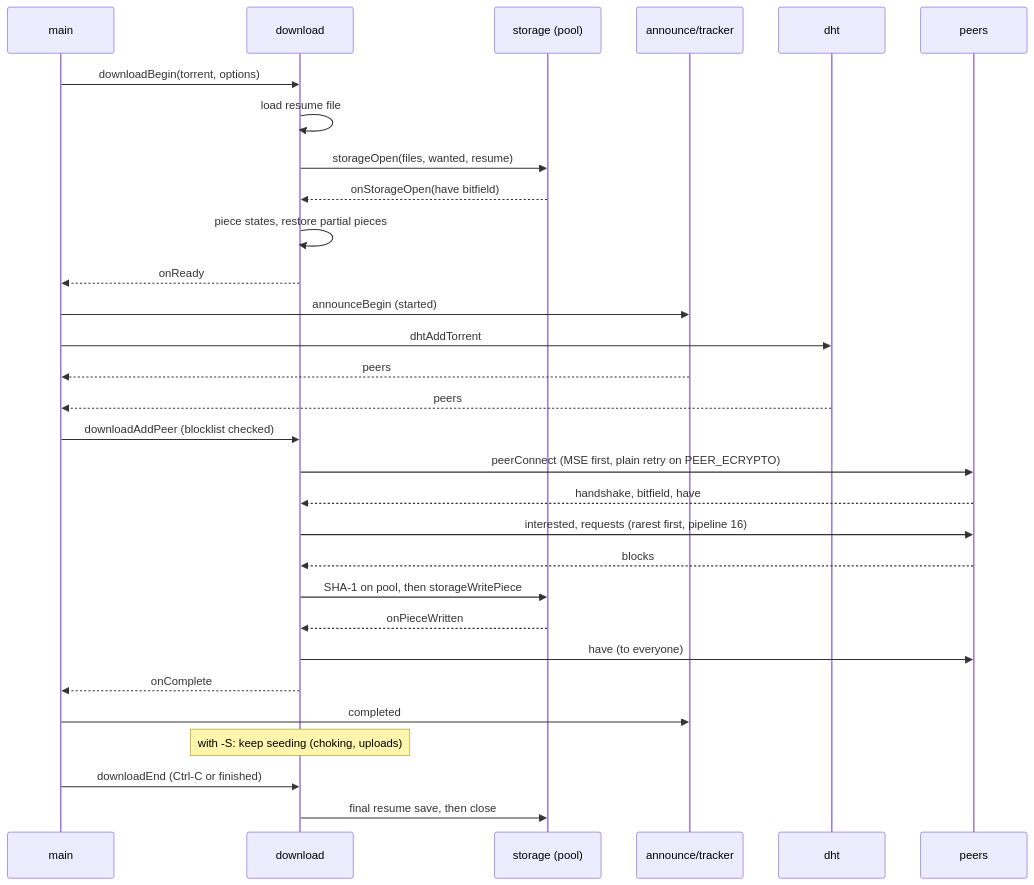
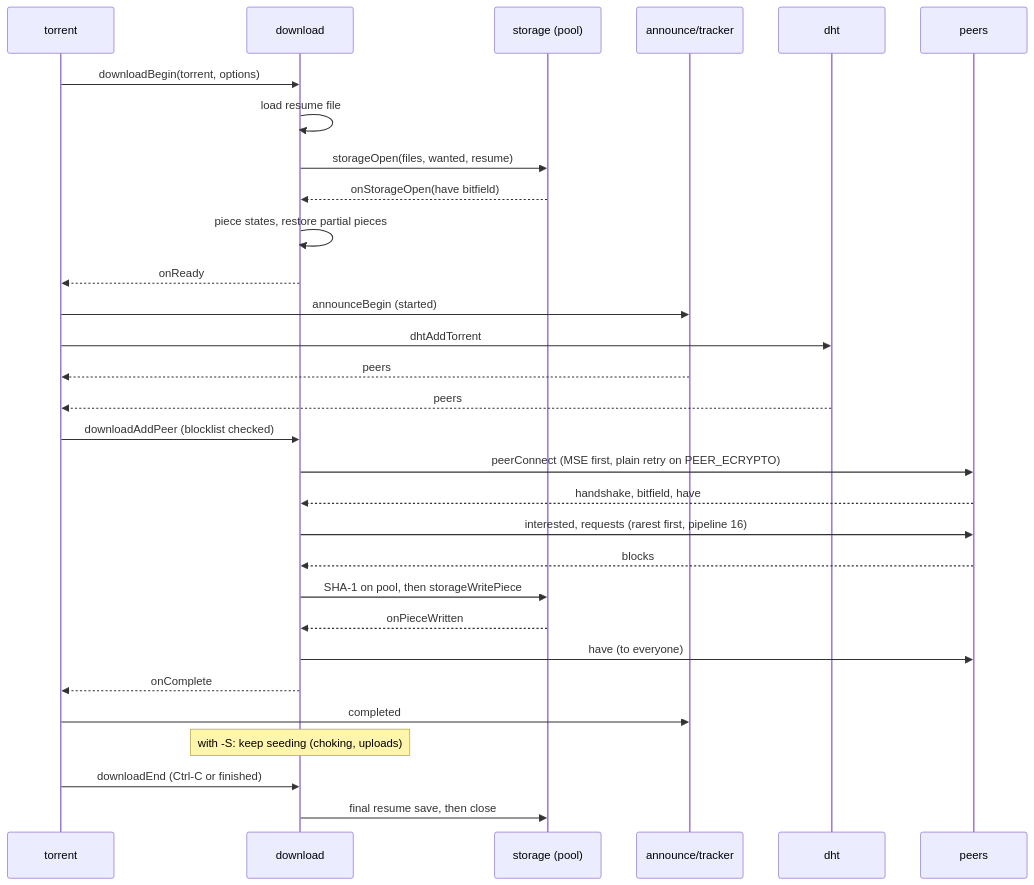
Before and after one commit to amwales-888/torrentinfo: the third of 4 diagrams in ARCHITECTURE.md, drawn with Mermaid. The commit also changed other lines of this file and 59 other files, not shown here.

````diff
--- a/ARCHITECTURE.md
+++ b/ARCHITECTURE.md
@@ -373,32 +407,32 @@
 ```mermaid
 sequenceDiagram
-    participant M as main
+    participant M as torrent
     participant D as download
     participant S as storage (pool)
     participant A as announce/tracker
     participant H as dht
     participant P as peers
     M->>D: downloadBegin(torrent, options)
     D->>D: load resume file
     D->>S: storageOpen(files, wanted, resume)
     S-->>D: onStorageOpen(have bitfield)
     D->>D: piece states, restore partial pieces
     D-->>M: onReady
     M->>A: announceBegin (started)
     M->>H: dhtAddTorrent
     A-->>M: peers
     H-->>M: peers
     M->>D: downloadAddPeer (blocklist checked)
     D->>P: peerConnect (MSE first, plain retry on PEER_ECRYPTO)
     P-->>D: handshake, bitfield, have
     D->>P: interested, requests (rarest first, pipeline 16)
     P-->>D: blocks
     D->>S: SHA-1 on pool, then storageWritePiece
     S-->>D: onPieceWritten
     D->>P: have (to everyone)
     D-->>M: onComplete
     M->>A: completed
     Note over D: with -S: keep seeding (choking, uploads)
     M->>D: downloadEnd (Ctrl-C or finished)
     D->>S: final resume save, then close
 ```
````
